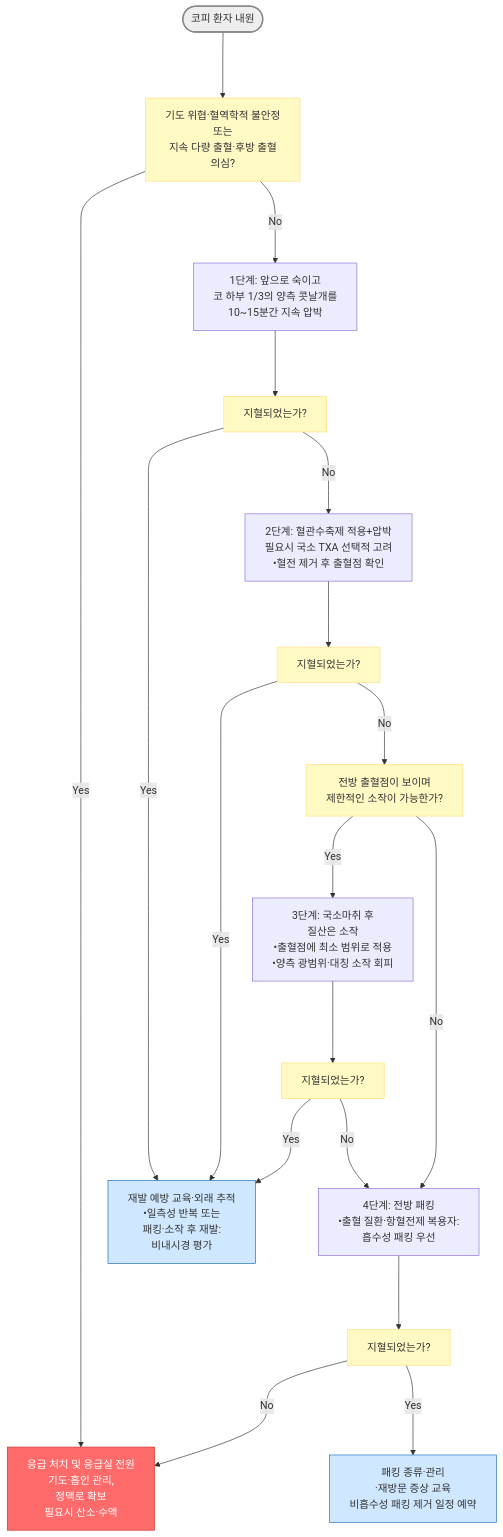
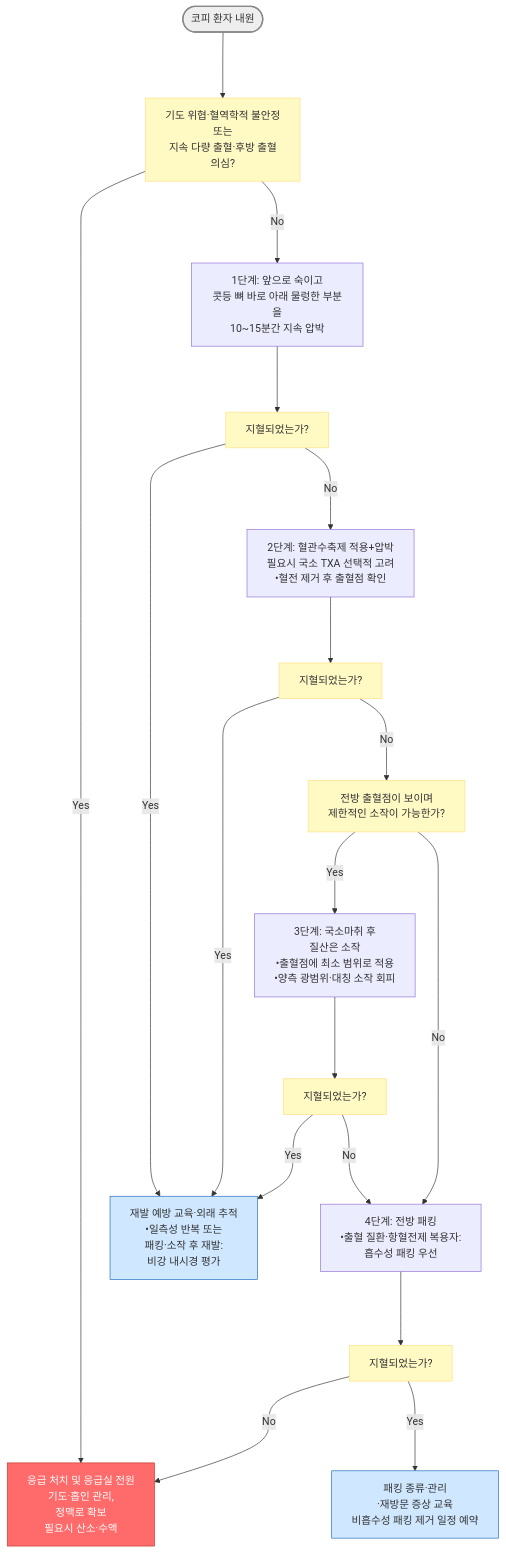
One commit to familyoh77/familyoh77 changed the diagram in 222_/050_-epistaxis.md. Above: the diagram before and after it, drawn with Mermaid. The commit also changed other lines of this file, not shown here.

````diff
--- a/222_/050_-epistaxis.md
+++ b/222_/050_-epistaxis.md
@@ -119,26 +119,26 @@
 ```mermaid
 graph TD
     A(["코피 환자 내원"]) ---> B["기도 위협·혈역학적 불안정 <br/>또는 <br/>지속 다량 출혈·후방 출혈 <br/>의심?"]
     B -- "Yes" ---> C["응급 처치 및 응급실 전원<br/>기도·흡인 관리, <br/>정맥로 확보<br/>필요시 산소·수액"]
-    B -- "No" ---> D["1단계: 앞으로 숙이고<br/>코 하부 1/3의 양측 콧날개를<br/>10~15분간 지속 압박"]
+    B -- "No" ---> D["1단계: 앞으로 숙이고<br/>콧등 뼈 바로 아래 물렁한 부분을<br/>10~15분간 지속 압박"]
     D ---> E["지혈되었는가?"]
-    E -- "Yes" ---> F["재발 예방 교육·외래 추적<br/>•일측성 반복 또는 <br/>패킹·소작 후 재발: <br/>비내시경 평가"]
+    E -- "Yes" ---> F["재발 예방 교육·외래 추적<br/>•일측성 반복 또는 <br/>패킹·소작 후 재발: <br/>비강 내시경 평가"]
     E -- "No" ---> G["2단계: 혈관수축제 적용+압박<br/>필요시 국소 TXA 선택적 고려<br/>•혈전 제거 후 출혈점 확인"]
     G ---> H["지혈되었는가?"]
     H -- "Yes" ---> F
     H -- "No" ---> I["전방 출혈점이 보이며<br/>제한적인 소작이 가능한가?"]
     I -- "Yes" ---> J["3단계: 국소마취 후 <br/>질산은 소작<br/>•출혈점에 최소 범위로 적용<br/>•양측 광범위·대칭 소작 회피"]
     I -- "No" ---> K["4단계: 전방 패킹<br/>•출혈 질환·항혈전제 복용자:<br/>흡수성 패킹 우선"]
     J ---> L["지혈되었는가?"]
     L -- "Yes" ---> F
     L -- "No" ---> K
     K ---> M["지혈되었는가?"]
     M -- "No" ---> C
     M -- "Yes" ---> N["패킹 종류·관리<br/>·재방문 증상 교육<br/>비흡수성 패킹 제거 일정 예약"]
     style A fill:#eeeeee,stroke:#888888,stroke-width:2px
     style C fill:#ff6b6b,stroke:#c0392b,color:#fff
     style F fill:#d0e8ff,stroke:#1a6abf
     style N fill:#d0e8ff,stroke:#1a6abf
     classDef yellow fill:#fff9c4,stroke:#ffe082
     class B,E,H,I,L,M yellow
 ```
````
